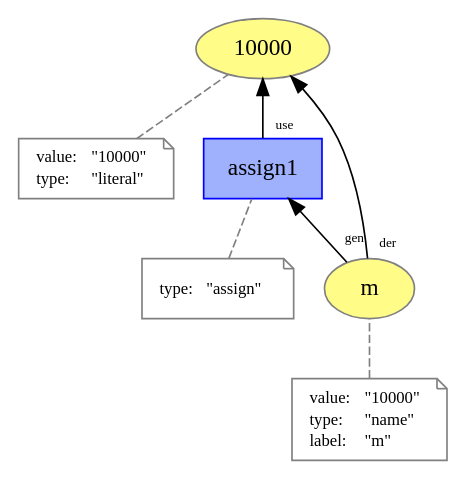
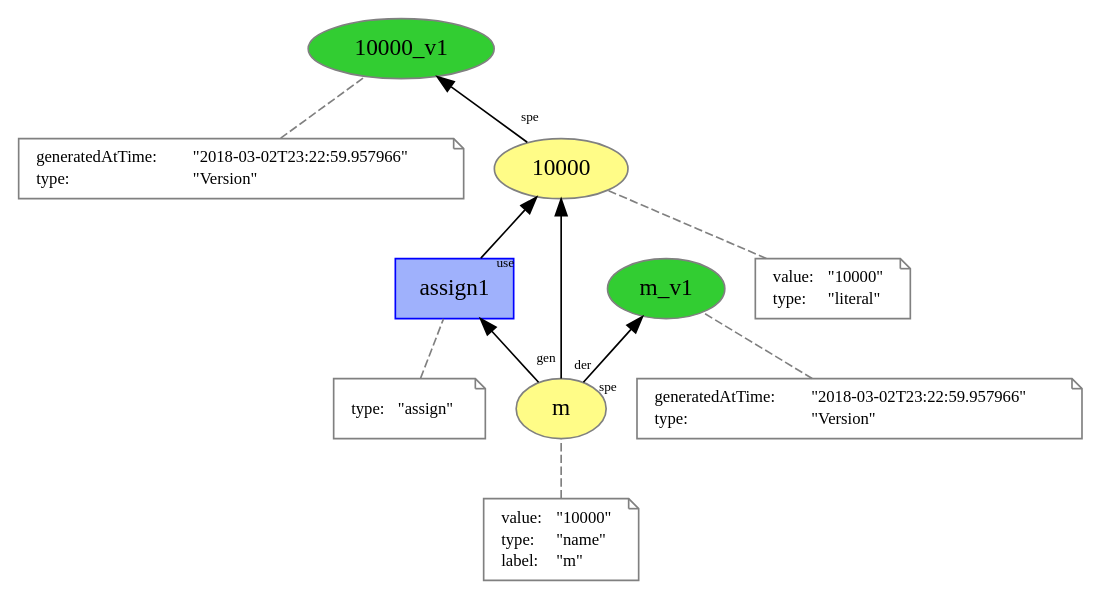
One commit to dew-uff/versioned-prov changed the diagram in plain_prov/temp/L1__assign.dot. Above: the diagram before and after it, drawn with Graphviz. The commit also changed 501 other files, not shown here.

```diff
--- a/plain_prov/temp/L1__assign.dot
+++ b/plain_prov/temp/L1__assign.dot
@@ -1,41 +1,67 @@
 digraph "PROV" { size="16,12"; rankdir="BT";
 "http://example.org/10000" [fillcolor="#FFFC87",color="#808080",style="filled",label="10000",URL="http://example.org/10000"]
 "-attrs0" [color="gray",shape="note",fontsize="10",fontcolor="black",label=<<TABLE cellpadding="0" border="0">
 	<TR>
 	    <TD align="left">value:</TD>
 	    <TD align="left">&quot;10000&quot;</TD>
 	</TR>
 	<TR>
 	    <TD align="left">type:</TD>
 	    <TD align="left">&quot;literal&quot;</TD>
 	</TR>
 </TABLE>>]
 "-attrs0" -> "http://example.org/10000" [color="gray",style="dashed",arrowhead="none"]
+"http://example.org/10000_v1" [fillcolor="#32CD32",color="#808080",style="filled",label="10000_v1",URL="http://example.org/10000_v1"]
+"-attrs1" [color="gray",shape="note",fontsize="10",fontcolor="black",label=<<TABLE cellpadding="0" border="0">
+	<TR>
+	    <TD align="left">generatedAtTime:</TD>
+	    <TD align="left">&quot;2018-03-02T23:22:59.957966&quot;</TD>
+	</TR>
+	<TR>
+	    <TD align="left">type:</TD>
+	    <TD align="left">&quot;Version&quot;</TD>
+	</TR>
+</TABLE>>]
+"-attrs1" -> "http://example.org/10000_v1" [color="gray",style="dashed",arrowhead="none"]
+"http://example.org/10000" -> "http://example.org/10000_v1" [labelfontsize="8",labeldistance="1.5",labelangle="60.0",rotation="20",taillabel="spe"]
 "http://example.org/m" [fillcolor="#FFFC87",color="#808080",style="filled",label="m",URL="http://example.org/m"]
-"-attrs1" [color="gray",shape="note",fontsize="10",fontcolor="black",label=<<TABLE cellpadding="0" border="0">
+"-attrs2" [color="gray",shape="note",fontsize="10",fontcolor="black",label=<<TABLE cellpadding="0" border="0">
 	<TR>
 	    <TD align="left">value:</TD>
 	    <TD align="left">&quot;10000&quot;</TD>
 	</TR>
 	<TR>
 	    <TD align="left">type:</TD>
 	    <TD align="left">&quot;name&quot;</TD>
 	</TR>
 	<TR>
 	    <TD align="left">label:</TD>
 	    <TD align="left">&quot;m&quot;</TD>
 	</TR>
 </TABLE>>]
-"-attrs1" -> "http://example.org/m" [color="gray",style="dashed",arrowhead="none"]
+"-attrs2" -> "http://example.org/m" [color="gray",style="dashed",arrowhead="none"]
+"http://example.org/m_v1" [fillcolor="#32CD32",color="#808080",style="filled",label="m_v1",URL="http://example.org/m_v1"]
+"-attrs3" [color="gray",shape="note",fontsize="10",fontcolor="black",label=<<TABLE cellpadding="0" border="0">
+	<TR>
+	    <TD align="left">generatedAtTime:</TD>
+	    <TD align="left">&quot;2018-03-02T23:22:59.957966&quot;</TD>
+	</TR>
+	<TR>
+	    <TD align="left">type:</TD>
+	    <TD align="left">&quot;Version&quot;</TD>
+	</TR>
+</TABLE>>]
+"-attrs3" -> "http://example.org/m_v1" [color="gray",style="dashed",arrowhead="none"]
+"http://example.org/m" -> "http://example.org/m_v1" [labelfontsize="8",labeldistance="1.5",labelangle="60.0",rotation="20",taillabel="spe"]
 "http://example.org/assign1" [fillcolor="#9FB1FC",color="#0000FF",shape="polygon",sides="4",style="filled",label="assign1",URL="http://example.org/assign1"]
-"-attrs2" [color="gray",shape="note",fontsize="10",fontcolor="black",label=<<TABLE cellpadding="0" border="0">
+"-attrs4" [color="gray",shape="note",fontsize="10",fontcolor="black",label=<<TABLE cellpadding="0" border="0">
 	<TR>
 	    <TD align="left">type:</TD>
 	    <TD align="left">&quot;assign&quot;</TD>
 	</TR>
 </TABLE>>]
-"-attrs2" -> "http://example.org/assign1" [color="gray",style="dashed",arrowhead="none"]
+"-attrs4" -> "http://example.org/assign1" [color="gray",style="dashed",arrowhead="none"]
 "http://example.org/assign1" -> "http://example.org/10000" [labelfontsize="8",labeldistance="1.5",labelangle="60.0",rotation="20",taillabel="use"]
 "http://example.org/m" -> "http://example.org/10000" [labelfontsize="8",labeldistance="1.5",labelangle="60.0",rotation="20",taillabel="der"]
 "http://example.org/m" -> "http://example.org/assign1" [labelfontsize="8",labeldistance="1.5",labelangle="60.0",rotation="20",taillabel="gen"]
 }
```
